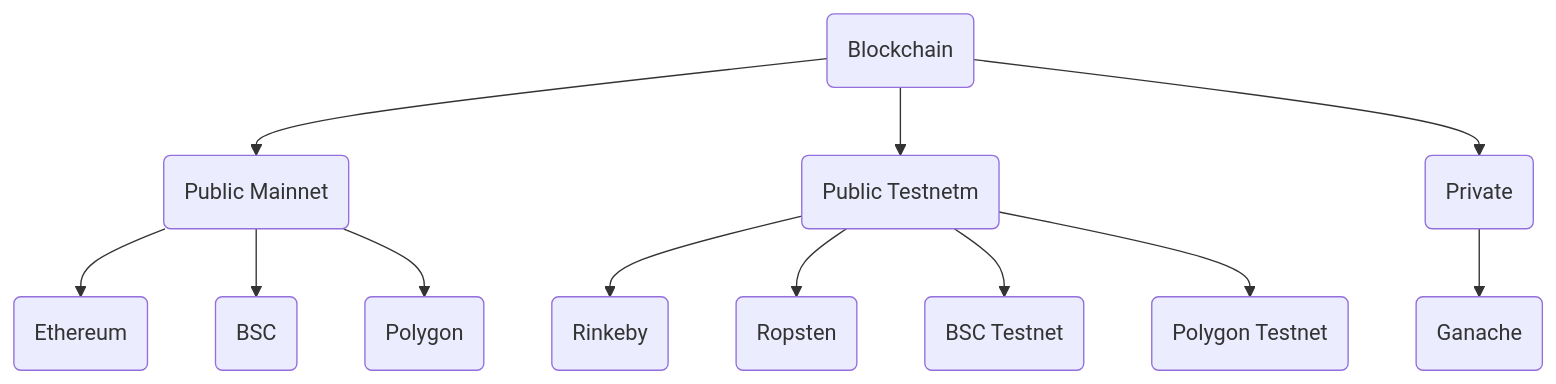
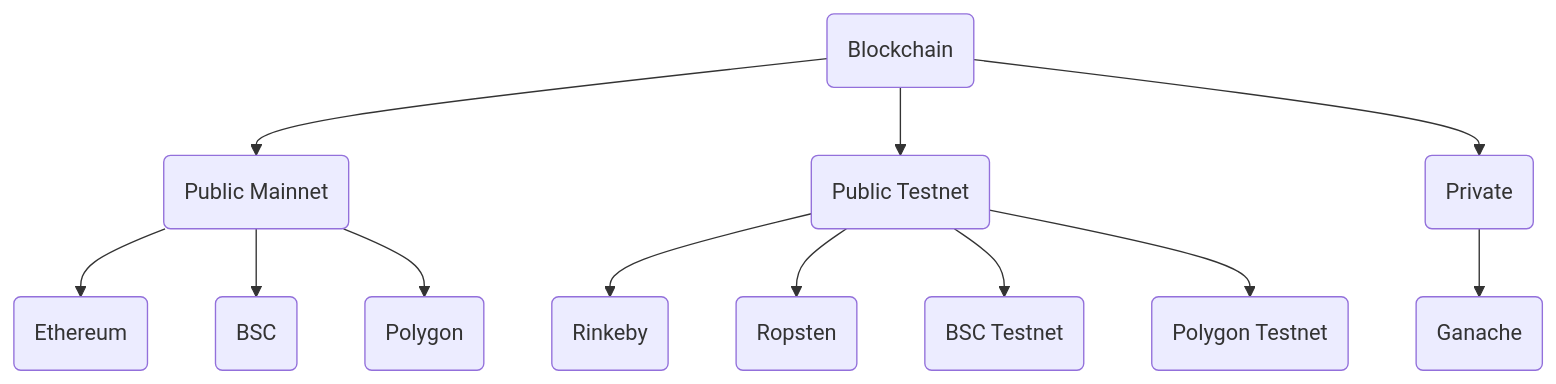
The second of 2 diagrams in docs/README.md (Equalizer-Finance/academy), drawn with Mermaid before and after one commit.

````diff
--- a/docs/README.md
+++ b/docs/README.md
@@ -34,17 +34,17 @@
 ```mermaid
 graph TD
     B(Blockchain) --> BCP(Public Mainnet)
-    B --> BCT(Public Testnetm)
+    B --> BCT(Public Testnet)
     B --> BCPV(Private)
 
     BCP --> BCP1(Ethereum)
     BCP --> BCP2(BSC)
     BCP --> BCP3(Polygon)
 
     BCT --> BCT1(Rinkeby)
     BCT --> BCT2(Ropsten)
     BCT --> BCT3(BSC Testnet)
     BCT --> BCT4(Polygon Testnet)
 
     BCPV --> BCPV1(Ganache)
 ```
````
